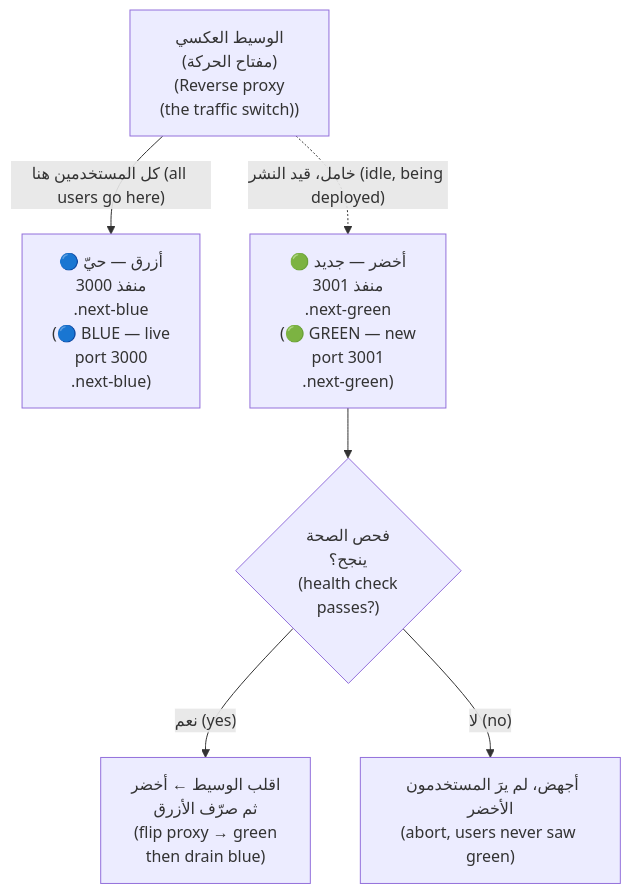
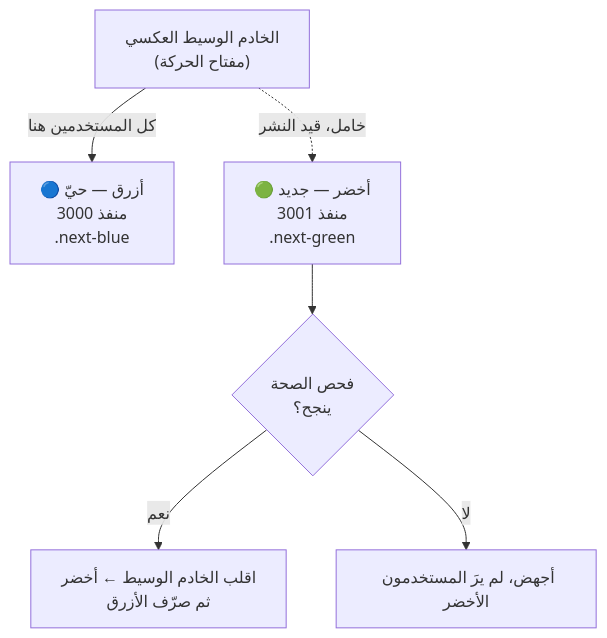
Before and after one commit to Tamoura/system-design-for-vibe-coders: the second of 5 diagrams in modules/04-deploys/module.ar.md, drawn with Mermaid. The commit also changed other lines of this file and 551 other files, not shown here.

````diff
--- a/modules/04-deploys/module.ar.md
+++ b/modules/04-deploys/module.ar.md
@@ -137,9 +137,9 @@
 ```mermaid
 flowchart TD
-    P["الوسيط العكسي<br/>(مفتاح الحركة)<br/>(Reverse proxy<br/>(the traffic switch))"]
-    P -->|"كل المستخدمين هنا (all users go here)"| B["🔵 أزرق — حيّ<br/>منفذ 3000<br/>.next-blue<br/>(🔵 BLUE — live<br/>port 3000<br/>.next-blue)"]
-    P -. "خامل، قيد النشر (idle, being deployed)" .-> G["🟢 أخضر — جديد<br/>منفذ 3001<br/>.next-green<br/>(🟢 GREEN — new<br/>port 3001<br/>.next-green)"]
-    G --> H{"فحص الصحة<br/>ينجح؟<br/>(health check<br/>passes?)"}
-    H -->|"نعم (yes)"| FLIP["اقلب الوسيط ← أخضر<br/>ثم صرّف الأزرق<br/>(flip proxy → green<br/>then drain blue)"]
-    H -->|"لا (no)"| ABORT["أجهض، لم يرَ المستخدمون الأخضر<br/>(abort, users never saw green)"]
+    P["الخادم الوسيط العكسي<br/>(مفتاح الحركة)"]
+    P -->|"كل المستخدمين هنا"| B["🔵 أزرق — حيّ<br/>منفذ 3000<br/>.next-blue"]
+    P -. "خامل، قيد النشر" .-> G["🟢 أخضر — جديد<br/>منفذ 3001<br/>.next-green"]
+    G --> H{"فحص الصحة<br/>ينجح؟"}
+    H -->|"نعم"| FLIP["اقلب الخادم الوسيط ← أخضر<br/>ثم صرّف الأزرق"]
+    H -->|"لا"| ABORT["أجهض، لم يرَ المستخدمون الأخضر"]
 ```
````
